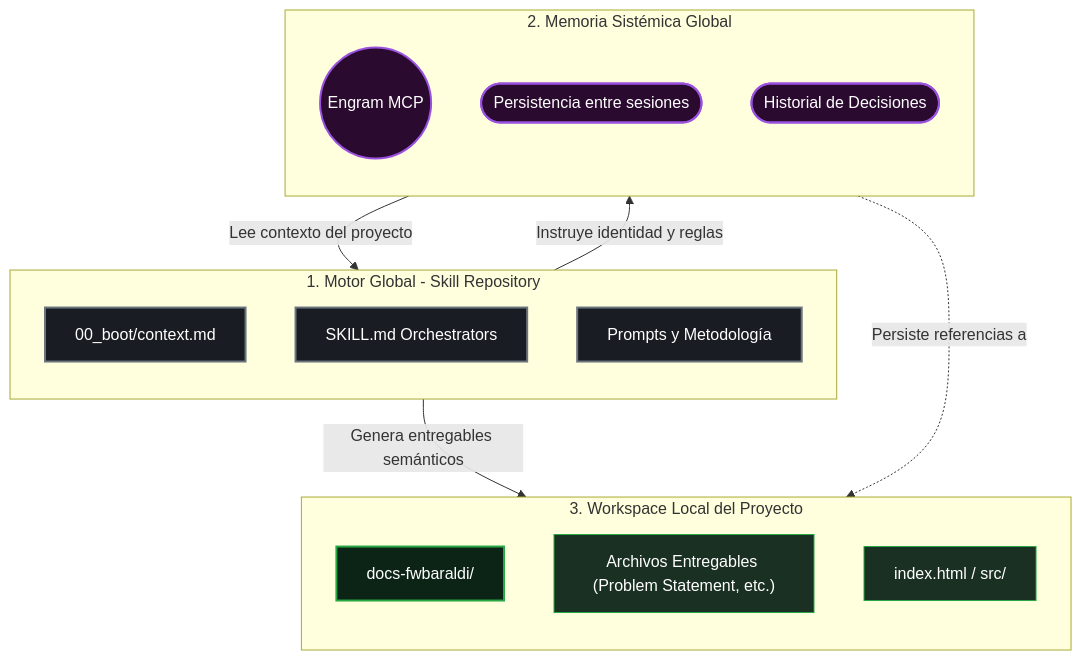
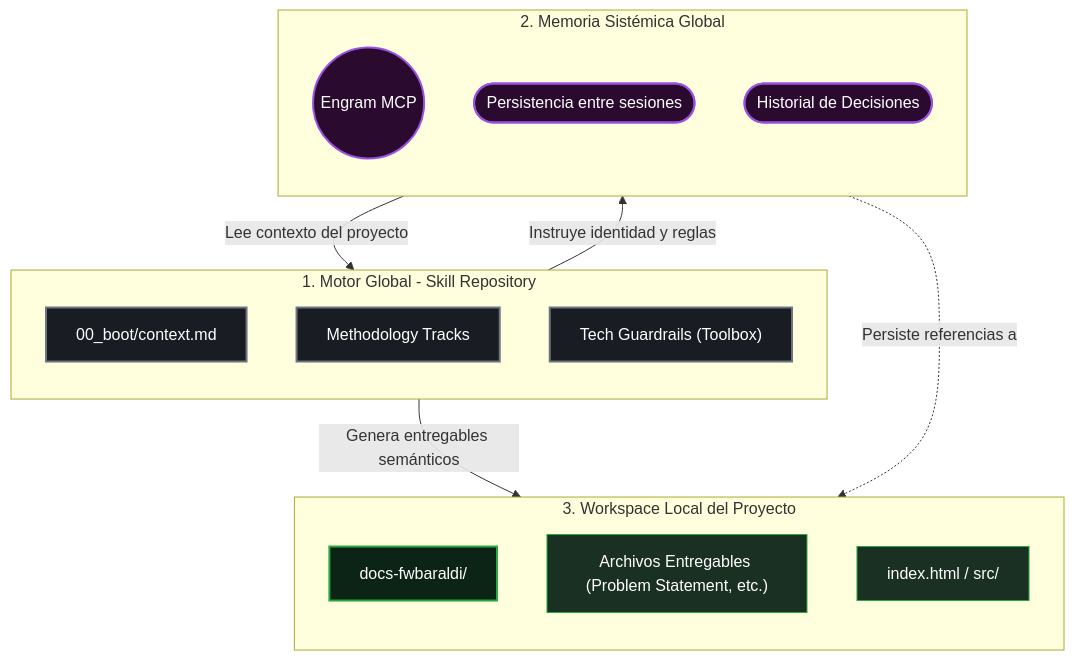
Before and after one commit to leobaraldi96/fwbaraldi: the first of 2 diagrams in ARQUITECTURA_CORE.md, drawn with Mermaid. The commit also changed other lines of this file and 13 other files, not shown here.

````diff
--- a/ARQUITECTURA_CORE.md
+++ b/ARQUITECTURA_CORE.md
@@ -30,37 +30,37 @@
 ```mermaid
 flowchart TD
     %% Nodos Principales
     subgraph Motor["1. Motor Global - Skill Repository"]
         direction TB
         A["00_boot/context.md"]:::skill
-        B["SKILL.md Orchestrators"]:::skill
-        C["Prompts y Metodología"]:::skill
+        B["Methodology Tracks"]:::skill
+        C["Tech Guardrails (Toolbox)"]:::skill
     end
 
     subgraph Cerebro["2. Memoria Sistémica Global"]
         direction TB
         D((Engram MCP)):::engram
         D1(["Persistencia entre sesiones"]):::engram
         D2(["Historial de Decisiones"]):::engram
     end
 
     subgraph Workspace["3. Workspace Local del Proyecto"]
         direction TB
         E["docs-fwbaraldi/"]:::localfolder
         F["Archivos Entregables (Problem Statement, etc.)"]:::localfile
         G["index.html / src/"]:::localfile
     end
 
     %% Relaciones
     Motor -- "Instruye identidad y reglas" --> Cerebro
     Cerebro -- "Lee contexto del proyecto" --> Motor
     
     Motor -- "Genera entregables semánticos" --> Workspace
     Cerebro -. "Persiste referencias a" .-> Workspace
 
     %% Estilos de Nivel
     classDef skill fill:#1a1c23,stroke:#6c757d,stroke-width:2px,color:#fff
     classDef engram fill:#2a0a2f,stroke:#9b51e0,stroke-width:2px,color:#fff
     classDef localfolder fill:#0c2415,stroke:#28a745,stroke-width:2px,color:#fff
     classDef localfile fill:#1a3022,stroke:#28a745,stroke-width:1px,color:#fff
 ```
````
